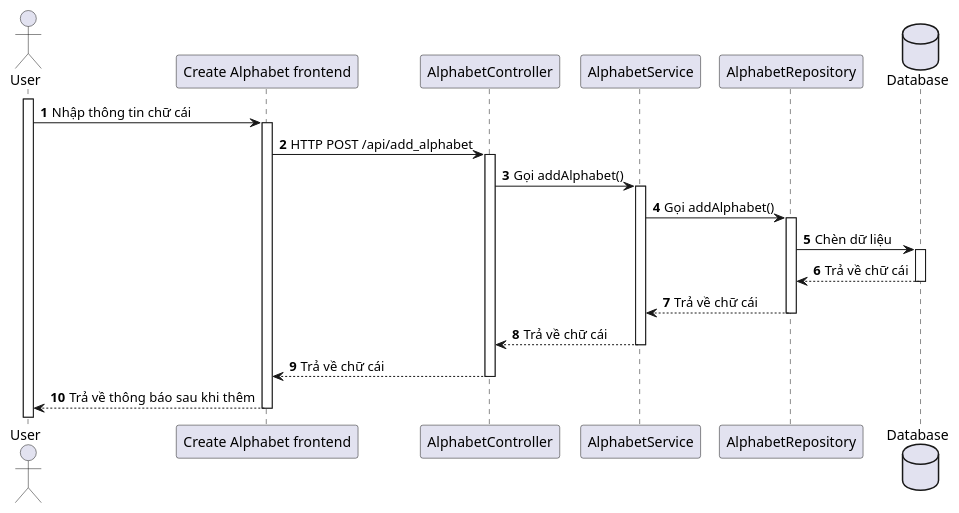
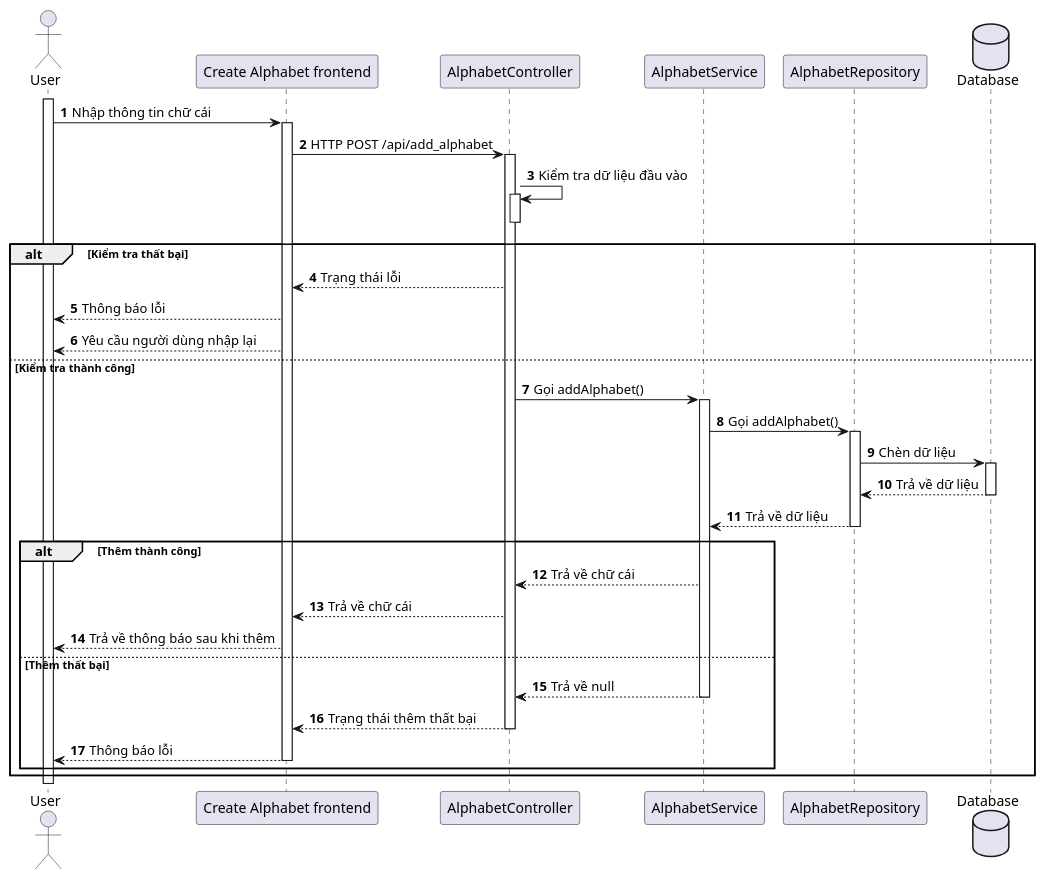
One commit to Annthe160639/japanese-app changed the diagram in japanese-app/plant_uml/Alphabet/[Sequence] Create_Alphabet.puml. Above: the diagram before and after it, drawn with PlantUML. The commit also changed 3 other files, not shown here.

```diff
--- a/japanese-app/plant_uml/Alphabet/[Sequence] Create_Alphabet.puml
+++ b/japanese-app/plant_uml/Alphabet/[Sequence] Create_Alphabet.puml
@@ -1,31 +1,52 @@
 @startuml
 'https://plantuml.com/sequence-diagram
 
 autonumber
 
 actor User
 
 participant "Create Alphabet frontend" as fe
 participant "AlphabetController" as Controller
 participant "AlphabetService" as Service
 participant "AlphabetRepository" as Repository
 
 database Database
 activate User
 
 User -> fe++: Nhập thông tin chữ cái
 
 fe -> Controller++: HTTP POST /api/add_alphabet
+
+Controller -> Controller: Kiểm tra dữ liệu đầu vào
+activate Controller
+deactivate Controller
+
+alt Kiểm tra thất bại
+Controller-->fe: Trạng thái lỗi
+fe-->User: Thông báo lỗi
+fe-->User: Yêu cầu người dùng nhập lại
+else Kiểm tra thành công
 Controller -> Service++: Gọi addAlphabet()
 Service -> Repository++: Gọi addAlphabet()
 Repository -> Database++: Chèn dữ liệu
+Database --> Repository--: Trả về dữ liệu
+Repository --> Service--: Trả về dữ liệu
 
-Database --> Repository--: Trả về chữ cái
-Repository --> Service--: Trả về chữ cái
-Service --> Controller--: Trả về chữ cái
-Controller --> fe--: Trả về chữ cái
-fe --> User--: Trả về thông báo sau khi thêm
+    alt Thêm thành công
 
+Service --> Controller: Trả về chữ cái
+Controller --> fe: Trả về chữ cái
+fe --> User: Trả về thông báo sau khi thêm
+
+    else Thêm thất bại
+
+Service --> Controller--: Trả về null
+Controller --> fe--: Trạng thái thêm thất bại
+fe --> User--: Thông báo lỗi
+
+end
+
+end
 
 
 @enduml
```
